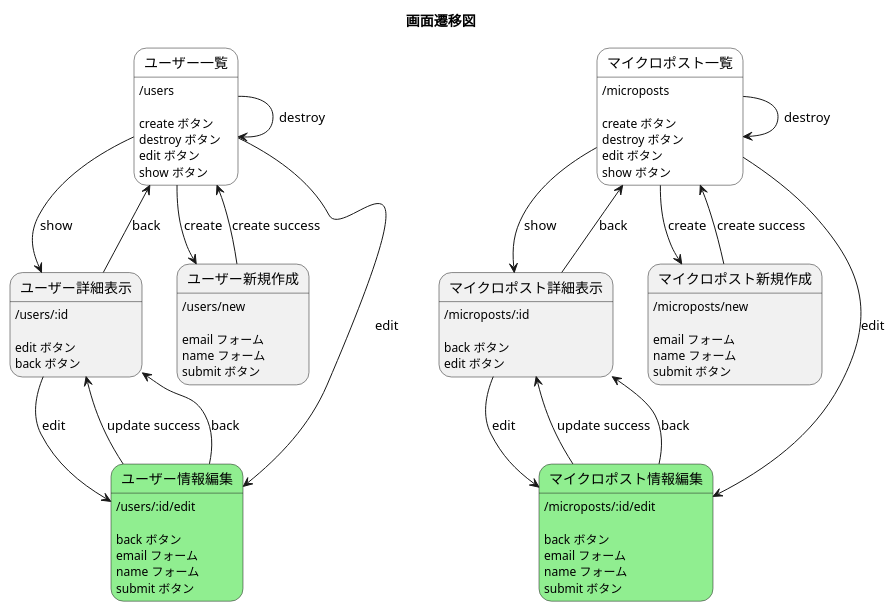
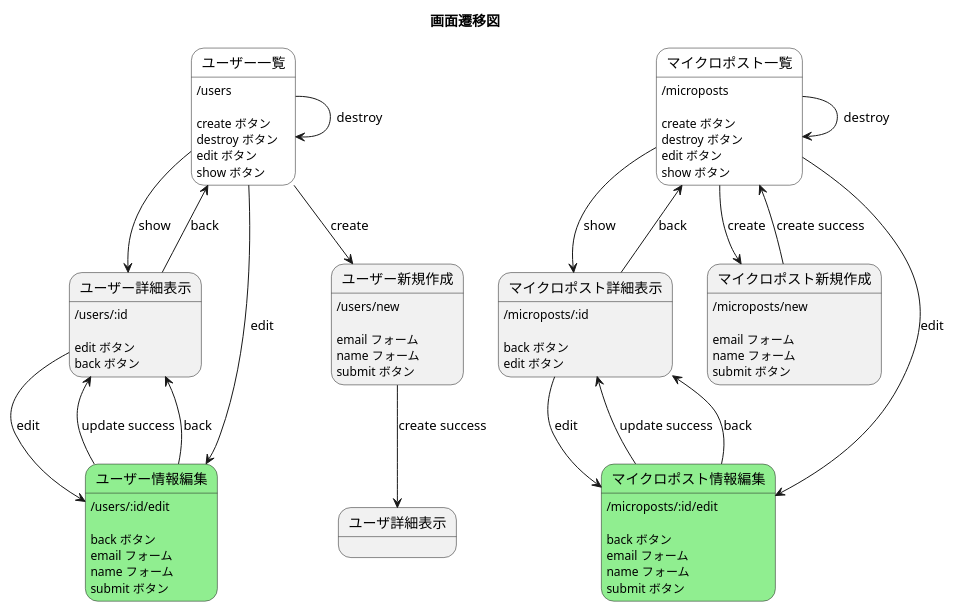
The diagram in docs/ToyAppモデル関係図/ToyAppページ遷移と構成内容.md (su3aki/KKmemoApp), drawn with PlantUML before and after one commit.

```diff
--- a/docs/ToyAppモデル関係図/ToyAppページ遷移と構成内容.md
+++ b/docs/ToyAppモデル関係図/ToyAppページ遷移と構成内容.md
@@ -47,7 +47,7 @@
 ユーザー情報編集-->ユーザー詳細表示: update success
 ユーザー情報編集-->ユーザー詳細表示: back
 
-ユーザー新規作成-->ユーザー一覧: create success
+ユーザー新規作成-->ユーザ詳細表示: create success
 
 state マイクロポスト一覧#FFF
 マイクロポスト一覧: /microposts
```
